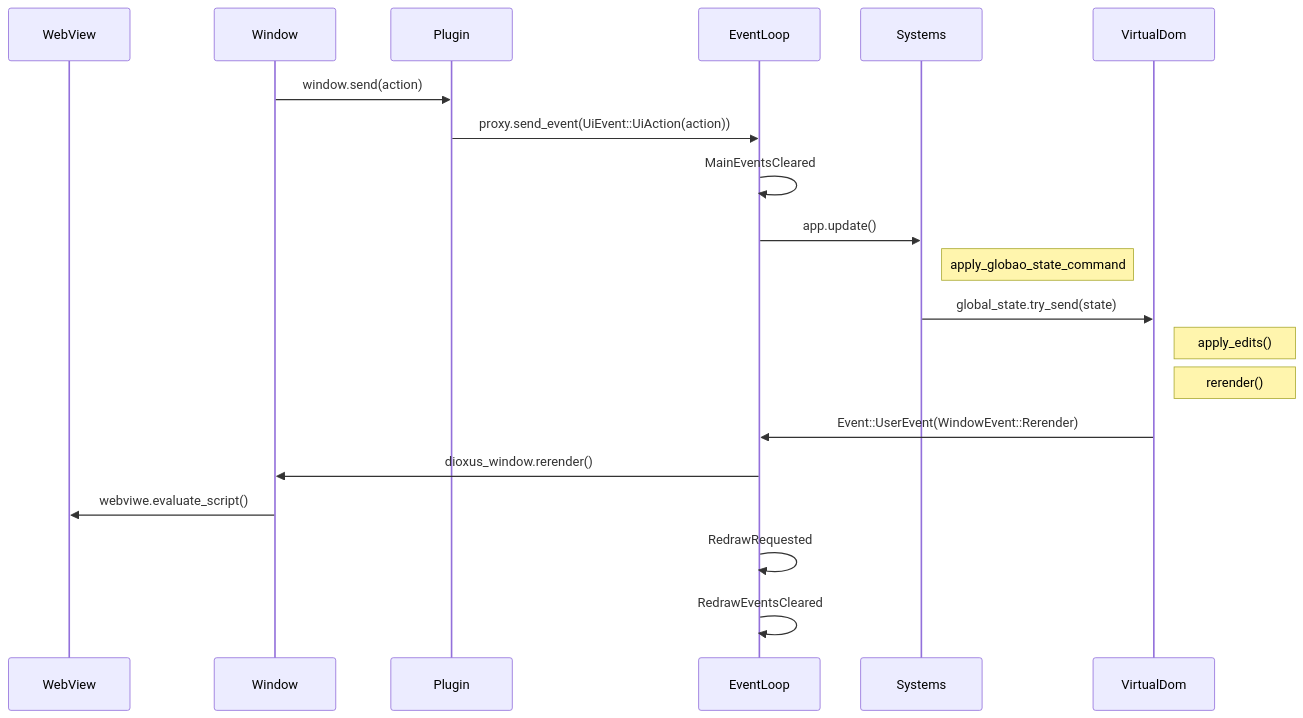
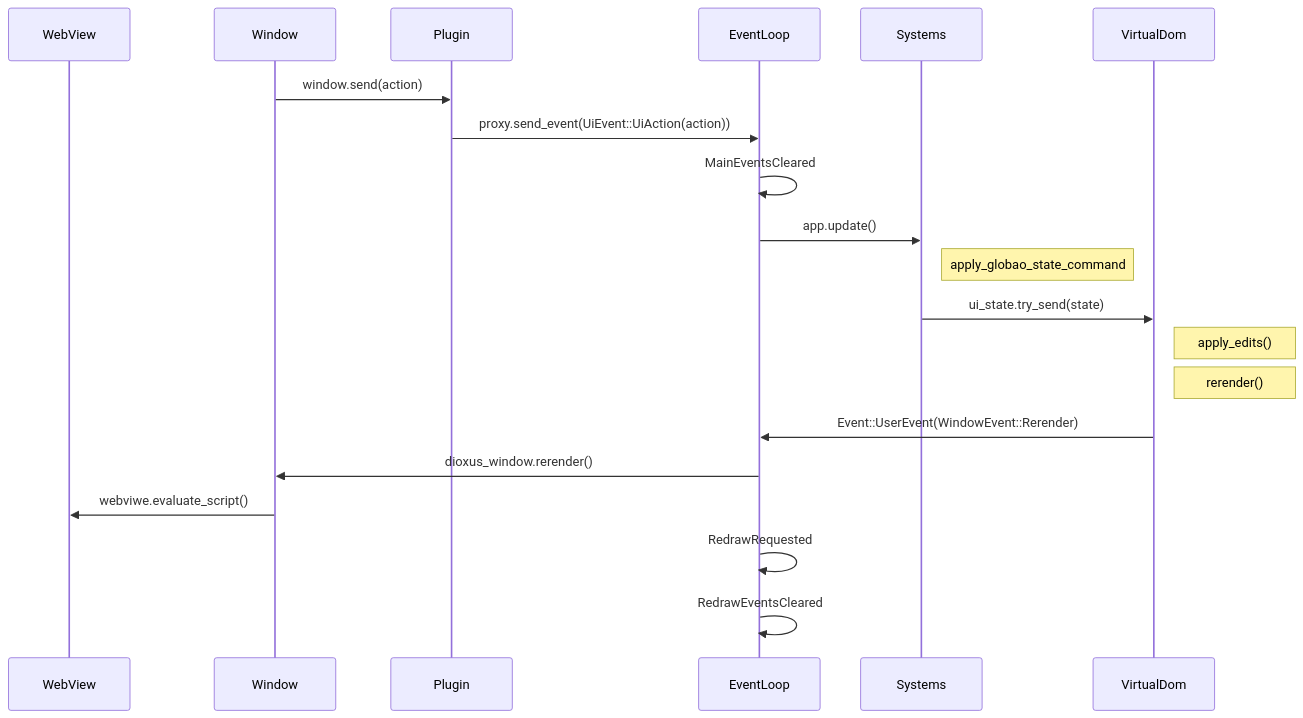
Before and after one commit to diptools/dip: the fourth of 4 diagrams in packages/website/content/docs/architecture/overview.md, drawn with Mermaid. The commit also changed other lines of this file and 33 other files, not shown here.

````diff
--- a/packages/website/content/docs/architecture/overview.md
+++ b/packages/website/content/docs/architecture/overview.md
@@ -69,24 +69,24 @@
 ```mermaid
 sequenceDiagram
     participant WebView
     participant Window
     participant Plugin
     participant EventLoop
     participant Systems
     participant VirtualDom
 
     Window ->> Plugin: window.send(action)
     Plugin ->> EventLoop: proxy.send_event(UiEvent::UiAction(action));
     EventLoop ->> EventLoop: MainEventsCleared
     EventLoop ->> Systems: app.update()
     Note right of Systems: apply_globao_state_command
-    Systems ->> VirtualDom: global_state.try_send(state);
+    Systems ->> VirtualDom: ui_state.try_send(state);
     Note right of VirtualDom: apply_edits()
     Note right of VirtualDom: rerender()
     VirtualDom ->> EventLoop: Event::UserEvent(WindowEvent::Rerender)
     EventLoop ->> Window: dioxus_window.rerender()
     Window ->> WebView: webviwe.evaluate_script()
 
     EventLoop ->> EventLoop: RedrawRequested
     EventLoop ->> EventLoop: RedrawEventsCleared
 ```
````
